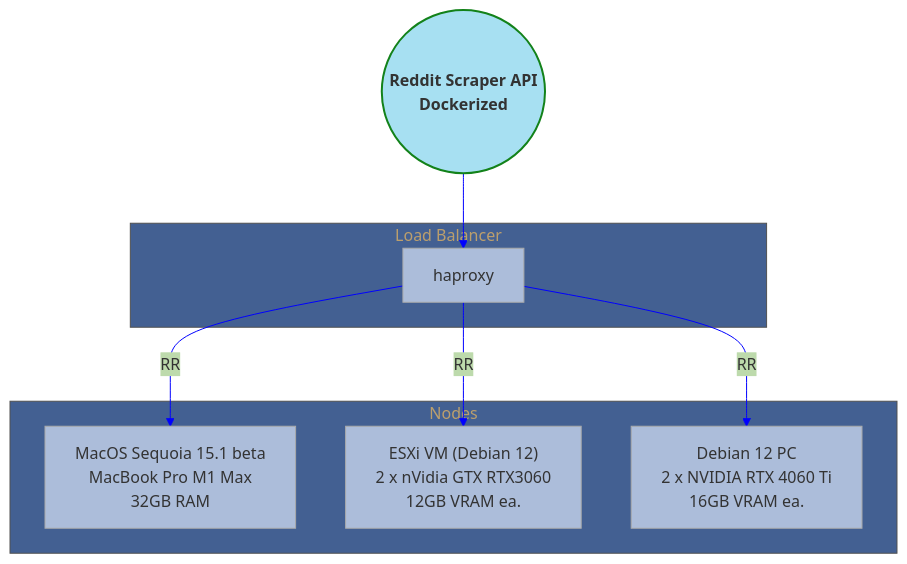
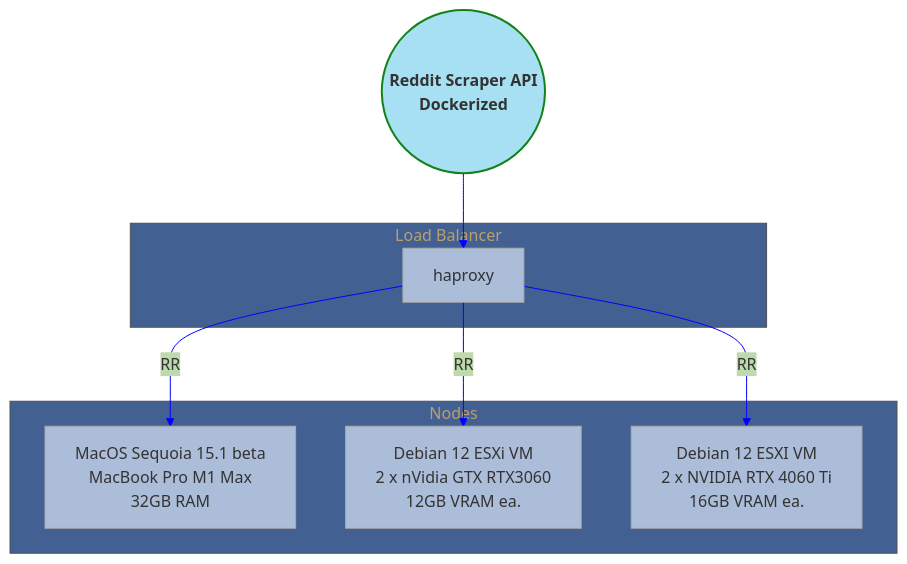
One commit to ovaisq/LLM-RedditScraper changed the second of 3 diagrams in README.md. Above: the diagram before and after it, drawn with Mermaid. The commit also changed other lines of this file and 14 other files, not shown here.

Commit message:
fixed typo in the font size settings

````diff
--- a/README.md
+++ b/README.md
@@ -78,29 +73,29 @@
 ```mermaid {"id":"01J6QKN1V0VMEGDS79WHZVDYY0"}
-%%{init: {'theme': 'base','themeVariables': {'lineColor': 'Blue', 'primaryColor':'#acbdda','tertiaryColor': '#436092'}}}%%
+%%{init: {'theme': 'base','themeVariables': {'lineColor': 'Blue', 'primaryColor':'#acbdda','tertiaryColor': '#436092','fontSize':'38==28px'}}}%%
 graph TD;
   style R fill:#a7e0f2,stroke:#13821a,stroke-width:2px
 
 R(("`**Reddit Scraper API
     Dockerized**`"))
   subgraph Load_Balancer["Load Balancer"]
     Nginx[haproxy]
   end
 
   subgraph Nodes["Nodes"]
     Node1[MacOS Sequoia 15.1 beta
     MacBook Pro M1 Max
     32GB RAM]
-    Node2["ESXi VM (Debian 12)
+    Node2["Debian 12 ESXi VM
     2 x nVidia GTX RTX3060
     12GB VRAM ea."]
-    Node3[Debian 12 PC
+    Node3[Debian 12 ESXI VM
     2 x NVIDIA RTX 4060 Ti
     16GB VRAM ea.
     ]
   end
 
   Nginx -- RR --> Node1
   Nginx -- RR --> Node2
   Nginx -- RR --> Node3
   R --> Nginx
 ```
````
